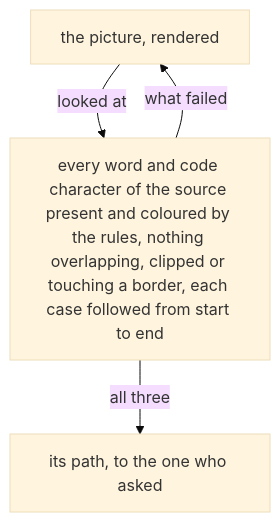
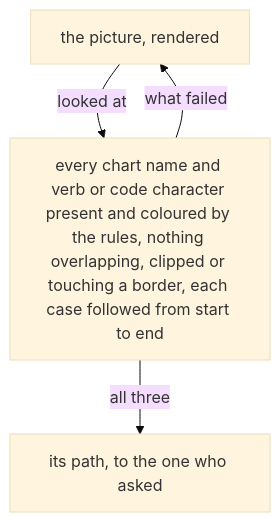
Before and after one commit to LiGoldragon/mind-belief: the second of 2 diagrams in notion/visualizer/0.md, drawn with Mermaid (base theme). The commit also changed other lines of this file, not shown here.

Commit message:
Draw charts and code; return prose units to the Designer

````diff
--- a/notion/visualizer/0.md
+++ b/notion/visualizer/0.md
@@ -102,6 +102,6 @@
 ```mermaid
 flowchart TB
-    p["the picture, rendered"] -- "looked at" --> q["every word and code character of the source present and coloured by the rules, nothing overlapping, clipped or touching a border, each case followed from start to end"]
+    p["the picture, rendered"] -- "looked at" --> q["every chart name and verb or code character present and coloured by the rules, nothing overlapping, clipped or touching a border, each case followed from start to end"]
     q -- "what failed" --> p
     q -- "all three" --> h["its path, to the one who asked"]
 ```
````
